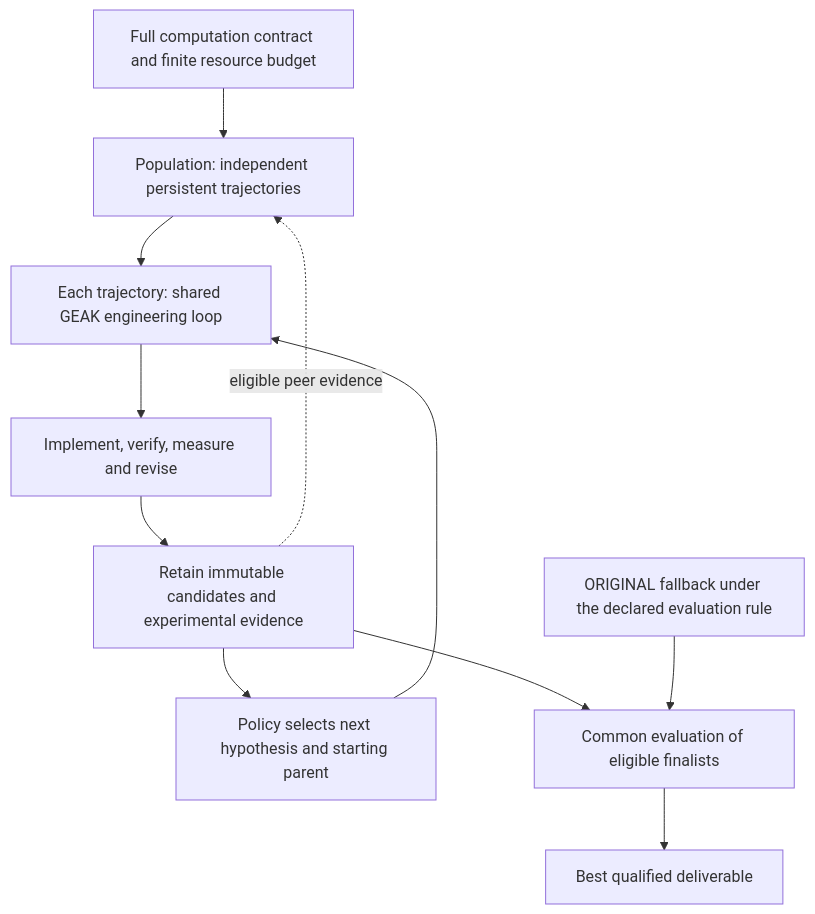
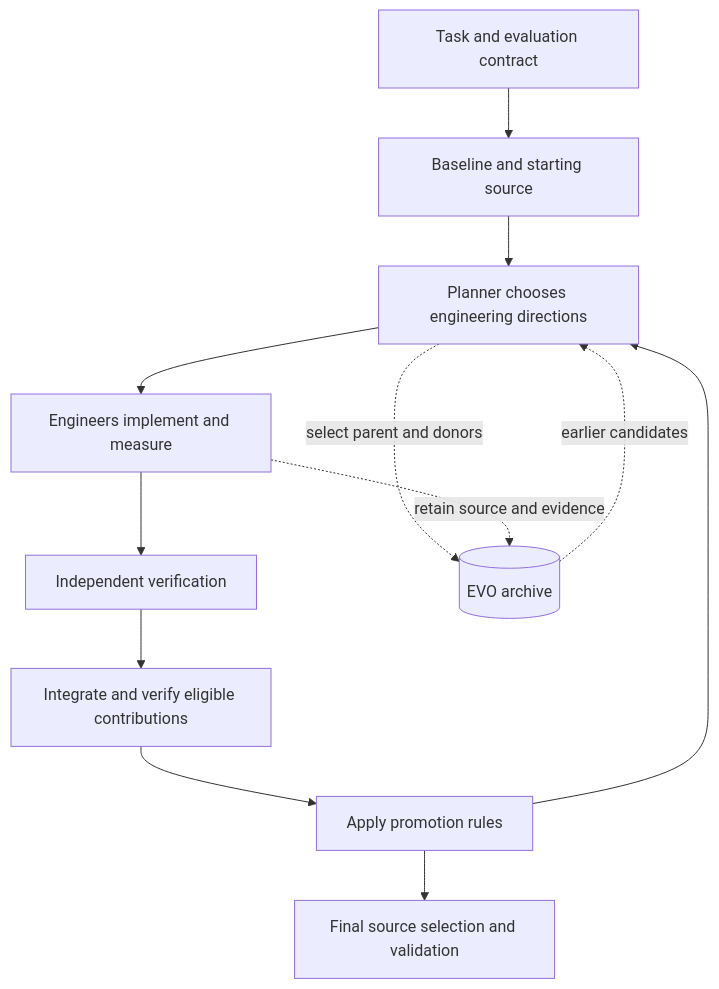
The diagram in docs/evo/geak-vs-evo.md (AMD-AGI/GEAK), drawn with Mermaid before and after one commit. The commit also changed other lines of this file and 24 other files, not shown here.

````diff
--- a/docs/evo/geak-vs-evo.md
+++ b/docs/evo/geak-vs-evo.md
@@ -417,13 +9,14 @@
 ```mermaid
 flowchart TB
-    T[Full computation contract and finite resource budget] --> P[Population: independent persistent trajectories]
-    P --> L[Each trajectory: shared GEAK engineering loop]
-    L --> E[Implement, verify, measure and revise]
-    E --> A[Retain immutable candidates and experimental evidence]
-    A --> N[Policy selects next hypothesis and starting parent]
-    N --> L
-    A -. eligible peer evidence .-> P
-    A --> F[Common evaluation of eligible finalists]
-    O[ORIGINAL fallback under the declared evaluation rule] --> F
-    F --> D[Best qualified deliverable]
+    T[Task and evaluation contract] --> B[Baseline and starting source]
+    B --> P[Planner chooses engineering directions]
+    P --> E[Engineers implement and measure]
+    E --> V[Independent verification]
+    V --> I[Integrate and verify eligible contributions]
+    I --> C[Apply promotion rules]
+    C --> P
+    C --> F[Final source selection and validation]
+    P -. select parent and donors .-> A[(EVO archive)]
+    E -. retain source and evidence .-> A
+    A -. earlier candidates .-> P
 ```
````
